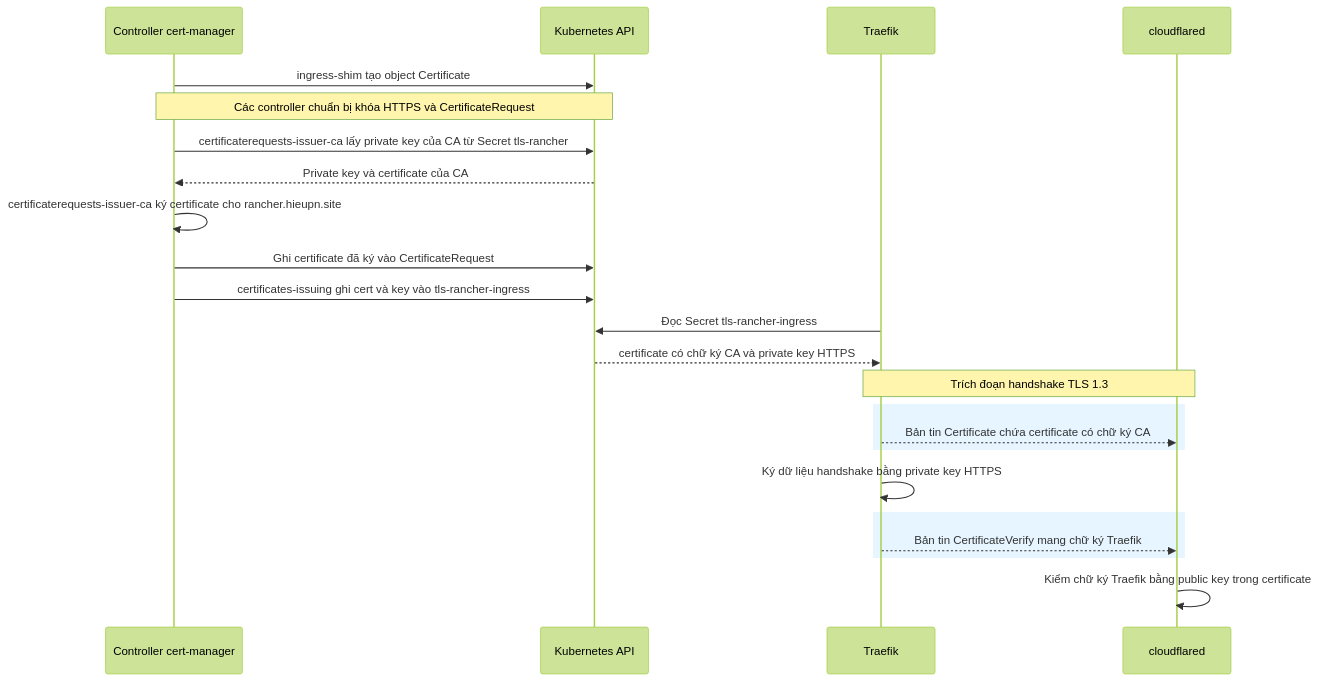
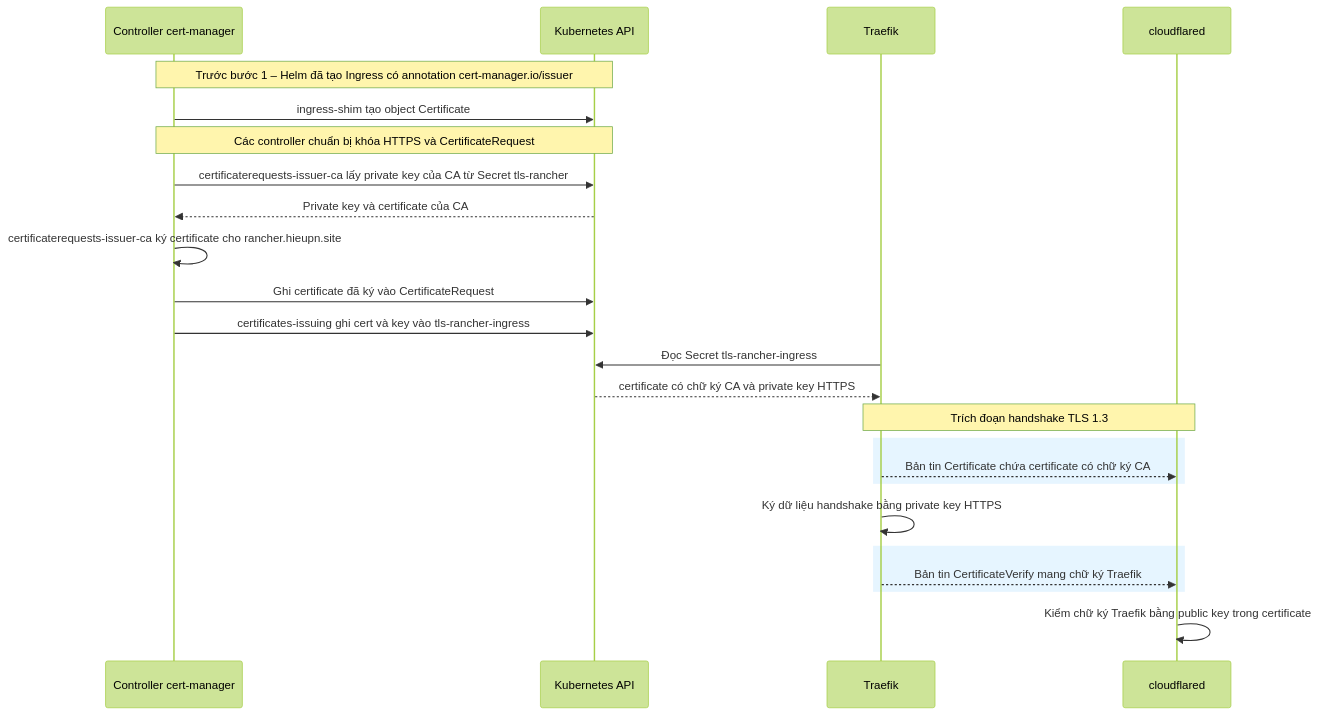
Before and after one commit to hieupham259/ansible_playbook_k8s-installation: the sixth of 13 diagrams in cloudflare-rancher-docs/setup-rancher.md, drawn with Mermaid (forest theme). The commit also changed other lines of this file, not shown here.

````diff
--- a/cloudflare-rancher-docs/setup-rancher.md
+++ b/cloudflare-rancher-docs/setup-rancher.md
@@ -1683,27 +1683,28 @@
 ```mermaid
 sequenceDiagram
     participant CM as Controller cert-manager
     participant API as Kubernetes API
     participant T as Traefik
     participant C as cloudflared
 
+    Note over CM,API: Trước bước 1 – Helm đã tạo Ingress có annotation cert-manager.io/issuer
     CM->>API: ingress-shim tạo object Certificate
     Note over CM,API: Các controller chuẩn bị khóa HTTPS và CertificateRequest
     CM->>API: certificaterequests-issuer-ca lấy private key của CA từ Secret tls-rancher
     API-->>CM: Private key và certificate của CA
     CM->>CM: certificaterequests-issuer-ca ký certificate cho rancher.hieupn.site
     CM->>API: Ghi certificate đã ký vào CertificateRequest
     CM->>API: certificates-issuing ghi cert và key vào tls-rancher-ingress
     T->>API: Đọc Secret tls-rancher-ingress
     API-->>T: certificate có chữ ký CA và private key HTTPS
 
     Note over T,C: Trích đoạn handshake TLS 1.3
     rect rgb(230, 245, 255)
         T-->>C: Bản tin Certificate chứa certificate có chữ ký CA
     end
     T->>T: Ký dữ liệu handshake bằng private key HTTPS
     rect rgb(230, 245, 255)
         T-->>C: Bản tin CertificateVerify mang chữ ký Traefik
     end
     C->>C: Kiểm chữ ký Traefik bằng public key trong certificate
 ```
````
